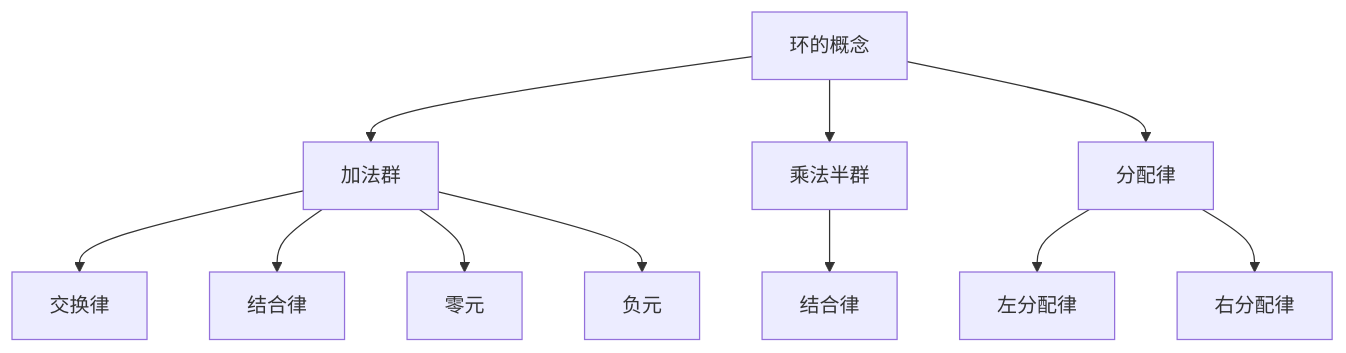
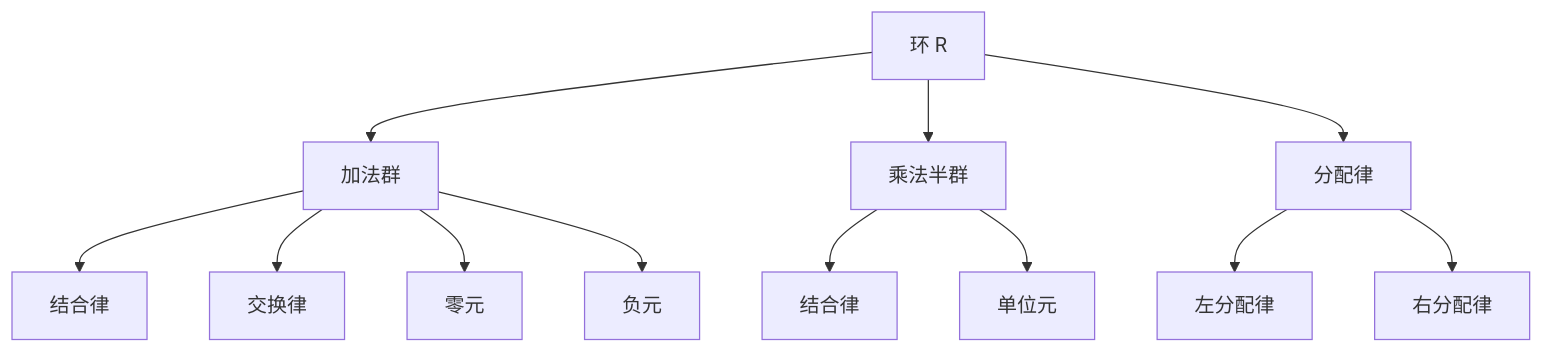
The first of 3 diagrams in docs/02-代数结构/02-环论-增强版.md (AdaMartin18010/FormalMath), drawn with Mermaid before and after one commit. The commit also changed other lines of this file and 17 other files, not shown here.

````diff
--- a/docs/02-代数结构/02-环论-增强版.md
+++ b/docs/02-代数结构/02-环论-增强版.md
@@ -183,15 +103,17 @@
 ```mermaid
 graph TD
-    A[环的概念] --> B[加法群]
+    A[环 R] --> B[加法群]
     A --> C[乘法半群]
     A --> D[分配律]
     
-    B --> E[交换律]
-    B --> F[结合律]
+    B --> E[结合律]
+    B --> F[交换律]
     B --> G[零元]
     B --> H[负元]
     
     C --> I[结合律]
-    D --> J[左分配律]
-    D --> K[右分配律]
+    C --> J[单位元]
+    
+    D --> K[左分配律]
+    D --> L[右分配律]
 ```
````
